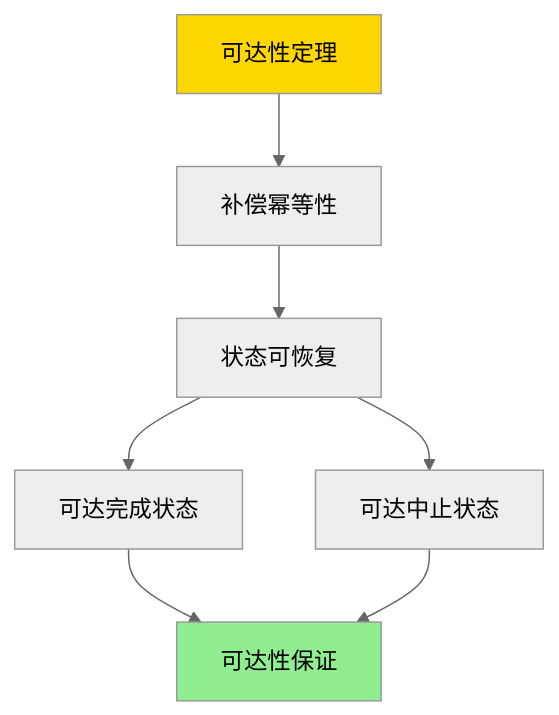
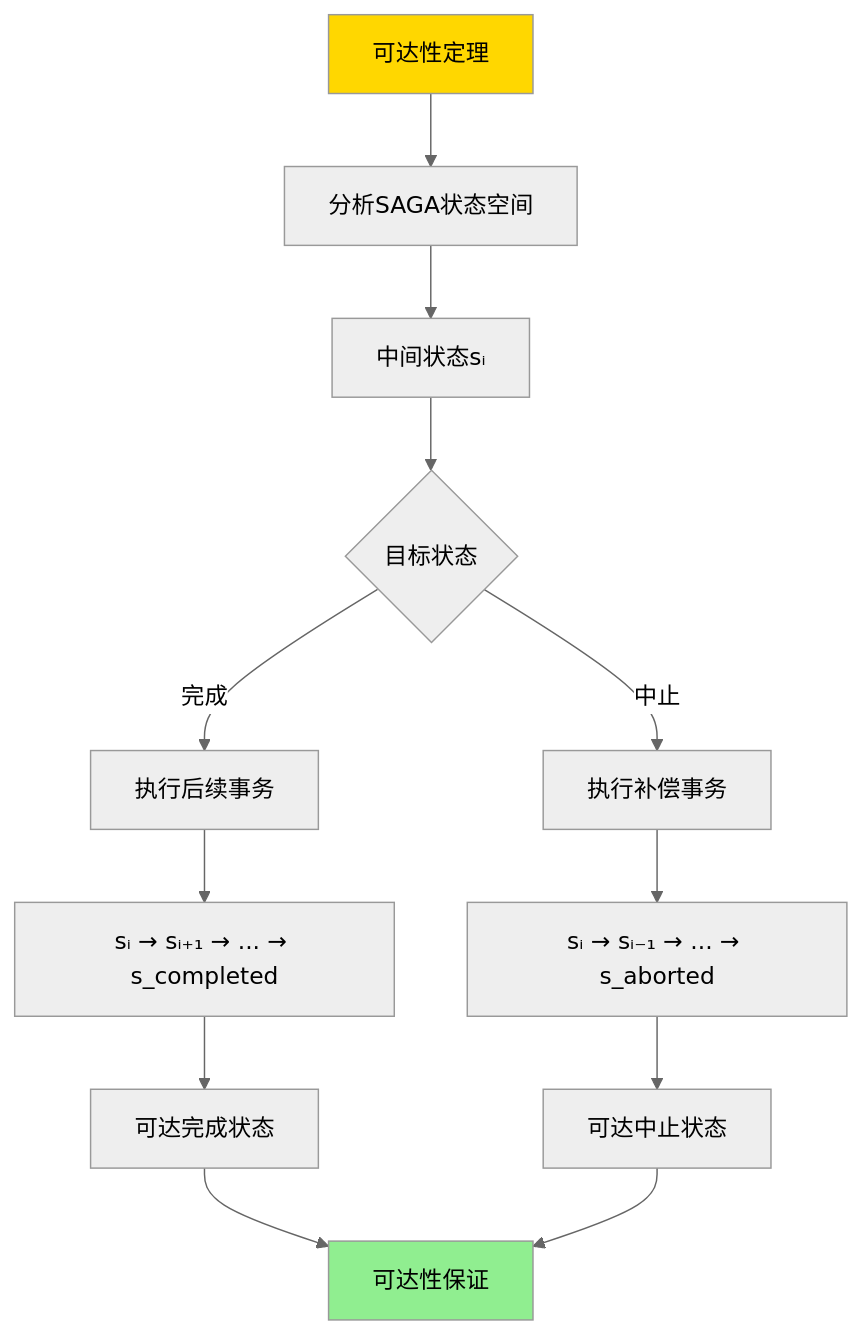
Before and after one commit to AdaMartin18010/PostgreSQL_modern: the fifth of 6 diagrams in PostgreSQL/10-理论基础/04-分布式系统理论/04.04-SAGA与补偿事务-可达性与幂等性条件.md, drawn with Mermaid (neutral theme). The commit also changed other lines of this file and 16 other files, not shown here.

````diff
--- a/PostgreSQL/10-理论基础/04-分布式系统理论/04.04-SAGA与补偿事务-可达性与幂等性条件.md
+++ b/PostgreSQL/10-理论基础/04-分布式系统理论/04.04-SAGA与补偿事务-可达性与幂等性条件.md
@@ -251,12 +314,17 @@
 ```mermaid
 graph TD
-    A[可达性定理] --> B[补偿幂等性]
-    B --> C[状态可恢复]
-    C --> D[可达完成状态]
-    C --> E[可达中止状态]
-    D --> F[可达性保证]
-    E --> F
+    A[可达性定理] --> B[分析SAGA状态空间]
+    B --> C[中间状态sᵢ]
+    C --> D{目标状态}
+    D -->|完成| E[执行后续事务]
+    D -->|中止| F[执行补偿事务]
+    E --> G[sᵢ → sᵢ₊₁ → ... → s_completed]
+    F --> H[sᵢ → sᵢ₋₁ → ... → s_aborted]
+    G --> I[可达完成状态]
+    H --> J[可达中止状态]
+    I --> K[可达性保证]
+    J --> K
 
     style A fill:#FFD700
-    style F fill:#90EE90
+    style K fill:#90EE90
 ```
````
